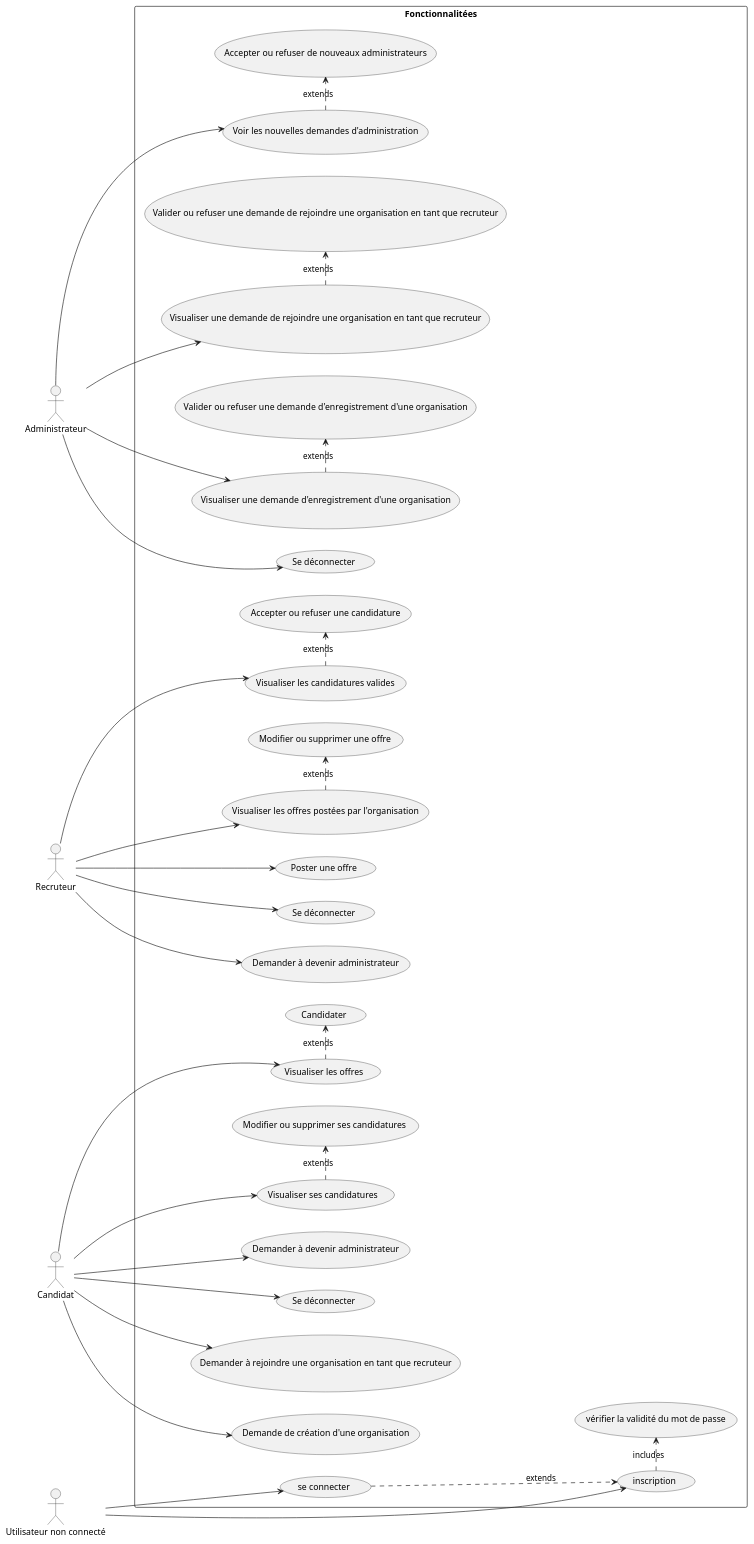
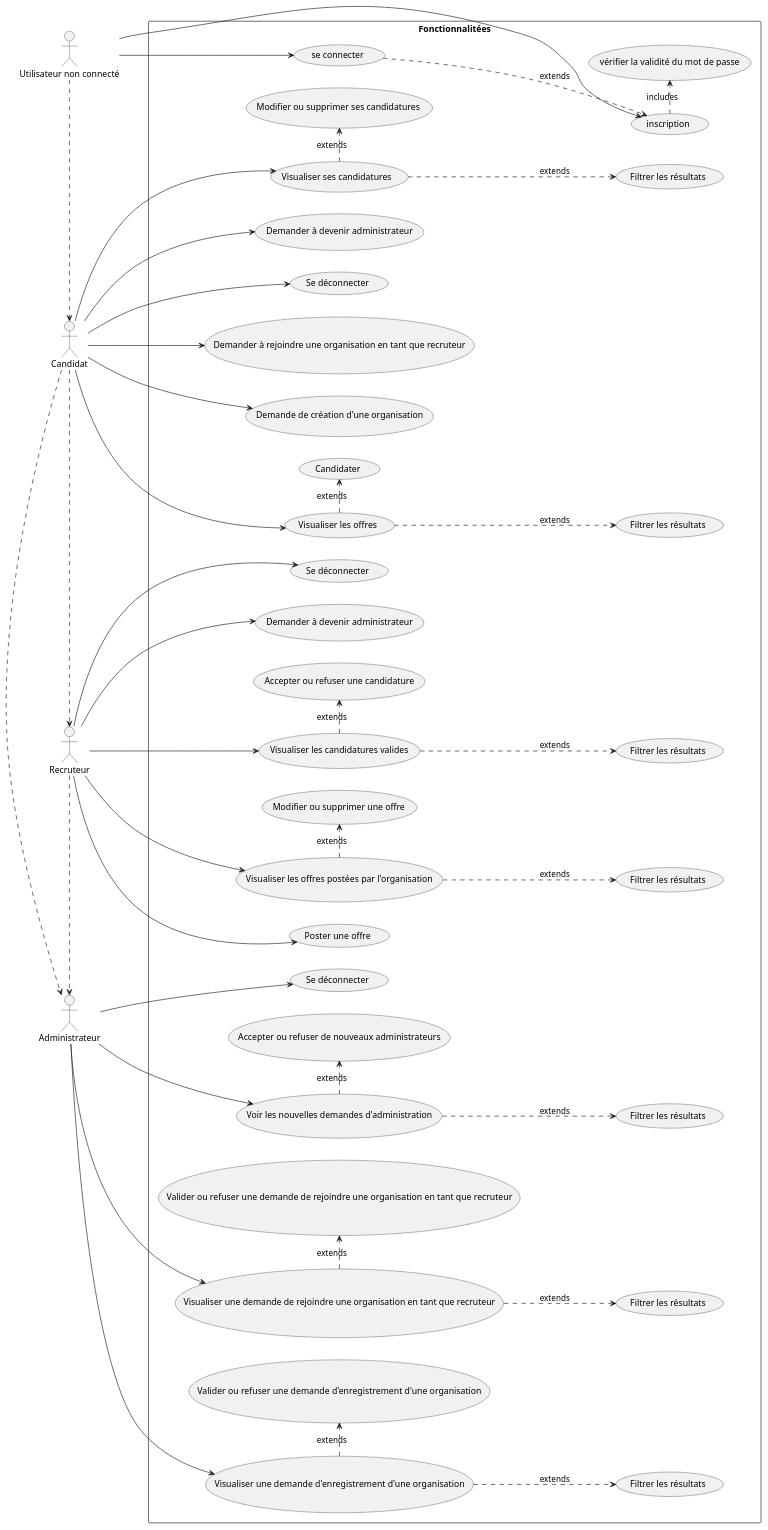
Before and after one commit to alexandreeberhardt/SR10_Website: the diagram in models/usecase.puml, drawn with PlantUML. The commit also changed 2 other files, not shown here.

```diff
--- a/models/usecase.puml
+++ b/models/usecase.puml
@@ -1,69 +1,91 @@
 @startuml
 
 
 
 left to right direction
 rectangle Fonctionnalitées {
 "Accepter ou refuser une candidature" as (f1)
 "Poster une offre" as (f2)
 "Visualiser les offres" as (f3)
 "se connecter" as (f4)
 "inscription" as (f7)
 "Accepter ou refuser de nouveaux administrateurs" as (f5)
 "Demander à devenir administrateur" as (f6)
 "vérifier la validité du mot de passe" as (f8)
 "Voir les nouvelles demandes d'administration" as (f9)
 "Candidater" as (f10)
 "Se déconnecter" as (f11)
 "Visualiser les candidatures valides" as (f12)
 "Visualiser les offres postées par l'organisation" as (f13)
 "Valider ou refuser une demande d'enregistrement d'une organisation" as (f14)
 "Visualiser une demande d'enregistrement d'une organisation" as (f22)
 "Visualiser une demande de rejoindre une organisation en tant que recruteur" as (f15)
 "Valider ou refuser une demande de rejoindre une organisation en tant que recruteur" as (f16)
 "Demander à rejoindre une organisation en tant que recruteur" as (f17)
 "Visualiser ses candidatures " as (f18)
 "Modifier ou supprimer ses candidatures " as (f19)
 "Modifier ou supprimer une offre" as (f20)
 "Se déconnecter" as (f23)
 "Se déconnecter" as (f24)
 "Demander à devenir administrateur" as (f25)
 "Demande de création d'une organisation" as (f26)
+"Filtrer les résultats" as (f27)
+"Filtrer les résultats" as (f28)
+"Filtrer les résultats" as (f29)
+"Filtrer les résultats" as (f30)
+"Filtrer les résultats" as (f31)
+"Filtrer les résultats" as (f32)
+"Filtrer les résultats" as (f33)
+
+
+
 
 
 
 
 (f4) ..> (f7) : extends
 (f7) .> (f8) : includes
 (f9) .> (f5) : extends
 (f3) .> (f10) :extends
 (f12) .> (f1) : extends
 (f15) .> (f16) : extends
 (f18) .> (f19) : extends
 (f22) .> (f14) : extends
 (f13) .> (f20) : extends
+(f18) ..> (f27) : extends
+(f12) ..> (f28) : extends 
+(f13) ..> (f29) : extends 
+(f3) ..> (f30) : extends 
+(f9) ..> (f31) : extends 
+(f15) ..> (f32) : extends 
+(f22) ..> (f33) : extends 
 
 }
 :Administrateur: --> (f9)
 :Administrateur: --> (f22)
 :Administrateur: --> (f15)
 :Administrateur: --> (f23)
 
 :Recruteur: --> (f2)
 :Recruteur: --> (f12)
 :Recruteur: --> (f13)
 :Recruteur: --> (f24)
 :Recruteur: --> (f25)
 
 :Candidat: --> (f6)
 :Candidat: --> (f3)
 :Candidat: --> (f11)
 :Candidat: --> (f17)
 :Candidat: --> (f18)
 :Candidat: --> (f26)
 
 :Utilisateur non connecté: --> (f7)
 :Utilisateur non connecté: --> (f4)
 
+:Utilisateur non connecté: .> :Candidat:
+:Candidat: .> :Recruteur:
+:Candidat: .> :Administrateur:
+:Recruteur: .> :Administrateur:
+
 
 @enduml
```
